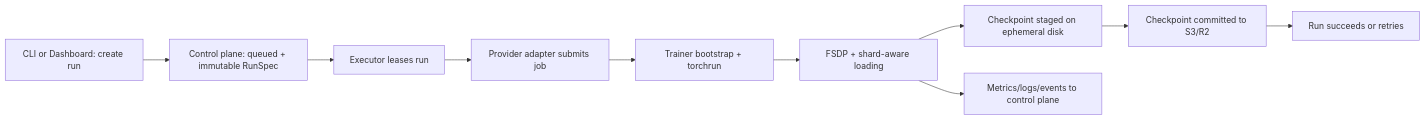
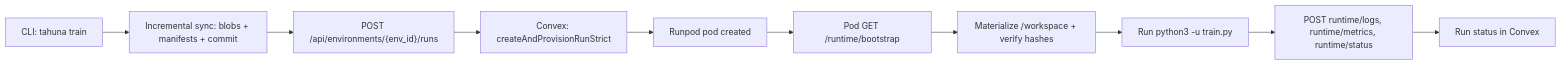
The diagram in docs/TRAINING_STACK.md (TahunaLabs/tahuna-oss), drawn with Mermaid before and after one commit. The commit also changed other lines of this file and 5 other files, not shown here.

````diff
--- a/docs/TRAINING_STACK.md
+++ b/docs/TRAINING_STACK.md
@@ -25,12 +19,12 @@
 ```mermaid
 flowchart LR
-A["CLI or Dashboard: create run"] --> B["Control plane: queued + immutable RunSpec"]
-B --> C["Executor leases run"]
-C --> D["Provider adapter submits job"]
-D --> E["Trainer bootstrap + torchrun"]
-E --> F["FSDP + shard-aware loading"]
-F --> G["Checkpoint staged on ephemeral disk"]
-G --> H["Checkpoint committed to S3/R2"]
-F --> I["Metrics/logs/events to control plane"]
-H --> J["Run succeeds or retries"]
+A["CLI: tahuna train"] --> B["Incremental sync: blobs + manifests + commit"]
+B --> C["POST /api/environments/{env_id}/runs"]
+C --> D["Convex: createAndProvisionRunStrict"]
+D --> E["Runpod pod created"]
+E --> F["Pod GET /runtime/bootstrap"]
+F --> G["Materialize /workspace + verify hashes"]
+G --> H["Run python3 -u train.py"]
+H --> I["POST runtime/logs, runtime/metrics, runtime/status"]
+I --> J["Run status in Convex"]
 ```
````
